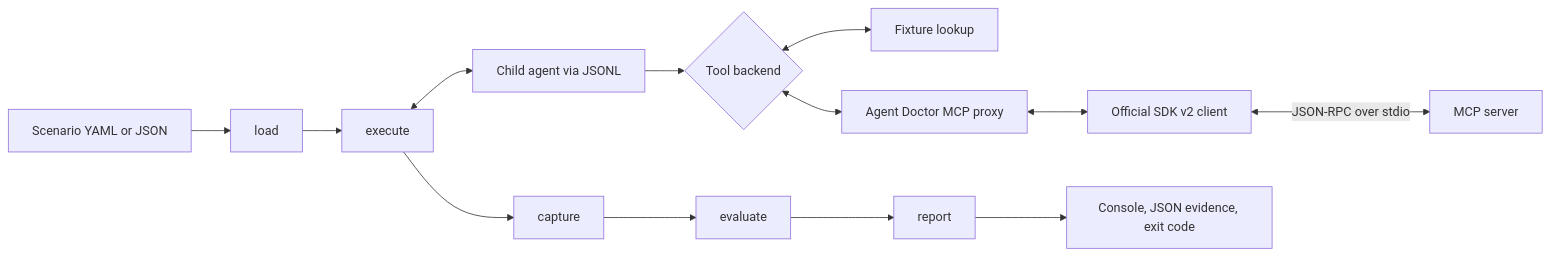
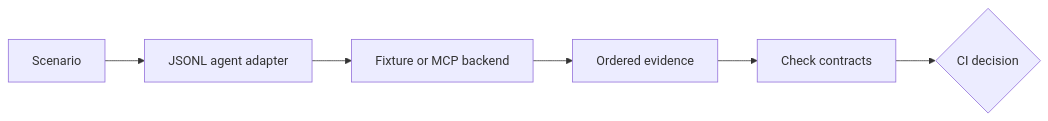
Before and after one commit to VikrantSingh01/AgentDr: the diagram in README.md, drawn with Mermaid. The commit also changed other lines of this file and 21 other files, not shown here.

````diff
--- a/README.md
+++ b/README.md
@@ -104,15 +70,8 @@
 ```mermaid
 flowchart LR
-    S[Scenario YAML or JSON] --> L[load]
-    L --> E[execute]
-    E <--> A[Child agent via JSONL]
-    A --> B{Tool backend}
-    B <--> F[Fixture lookup]
-    B <--> P[Agent Doctor MCP proxy]
-    P <--> C[Official SDK v2 client]
-    C <-->|JSON-RPC over stdio| M[MCP server]
-    E --> K[capture]
-    K --> V[evaluate]
-    V --> R[report]
-    R --> O[Console, JSON evidence, exit code]
+    S[Scenario] --> A[JSONL agent adapter]
+    A --> B[Fixture or MCP backend]
+    B --> E[Ordered evidence]
+    E --> C[Check contracts]
+    C --> D{CI decision}
 ```
````
